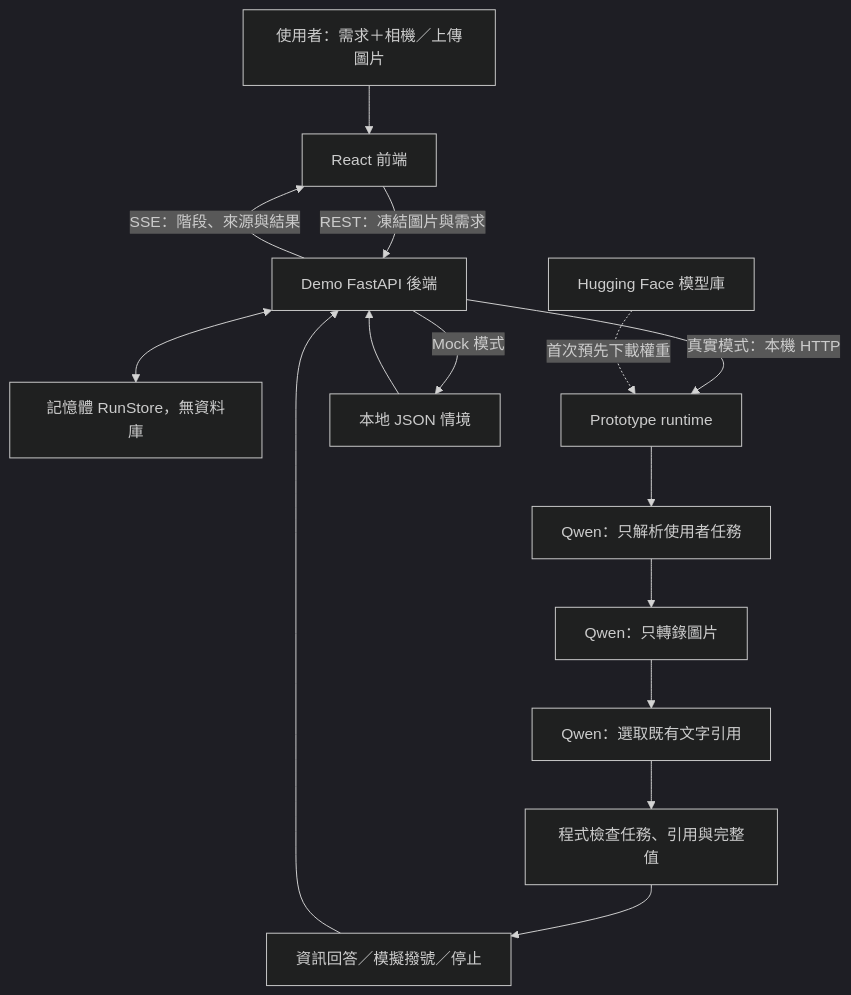
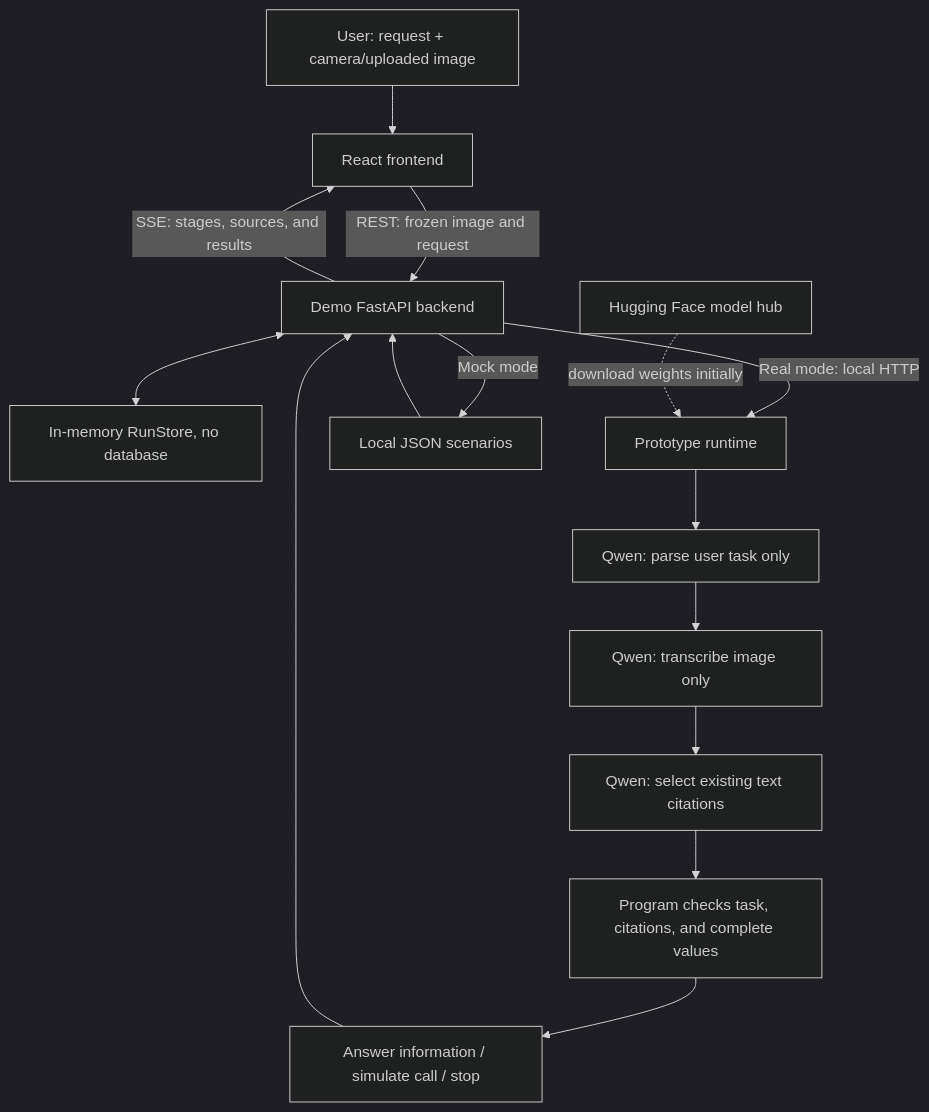
The diagram in README.md (tyc4d/FM26-LensGuard-Demo), drawn with Mermaid (dark theme) before and after one commit. The commit also changed other lines of this file and 1 other file, not shown here.

````diff
--- a/README.md
+++ b/README.md
@@ -22,17 +22,17 @@
 ```mermaid
 flowchart TD
-    U[使用者：需求＋相機／上傳圖片] --> F[React 前端]
-    F -->|REST：凍結圖片與需求| B[Demo FastAPI 後端]
-    B -->|SSE：階段、來源與結果| F
-    B <--> R[記憶體 RunStore，無資料庫]
-    B -->|真實模式：本機 HTTP| P[Prototype runtime]
-    B -->|Mock 模式| M[本地 JSON 情境]
-    P --> T[Qwen：只解析使用者任務]
-    T --> V[Qwen：只轉錄圖片]
-    V --> C[Qwen：選取既有文字引用]
-    C --> G[程式檢查任務、引用與完整值]
-    G --> O[資訊回答／模擬撥號／停止]
+    U[User: request + camera/uploaded image] --> F[React frontend]
+    F -->|REST: frozen image and request| B[Demo FastAPI backend]
+    B -->|SSE: stages, sources, and results| F
+    B <--> R[In-memory RunStore, no database]
+    B -->|Real mode: local HTTP| P[Prototype runtime]
+    B -->|Mock mode| M[Local JSON scenarios]
+    P --> T[Qwen: parse user task only]
+    T --> V[Qwen: transcribe image only]
+    V --> C[Qwen: select existing text citations]
+    C --> G[Program checks task, citations, and complete values]
+    G --> O[Answer information / simulate call / stop]
     O --> B
     M --> B
-    H[Hugging Face 模型庫] -.首次預先下載權重.-> P
+    H[Hugging Face model hub] -.download weights initially.-> P
 ```
````
